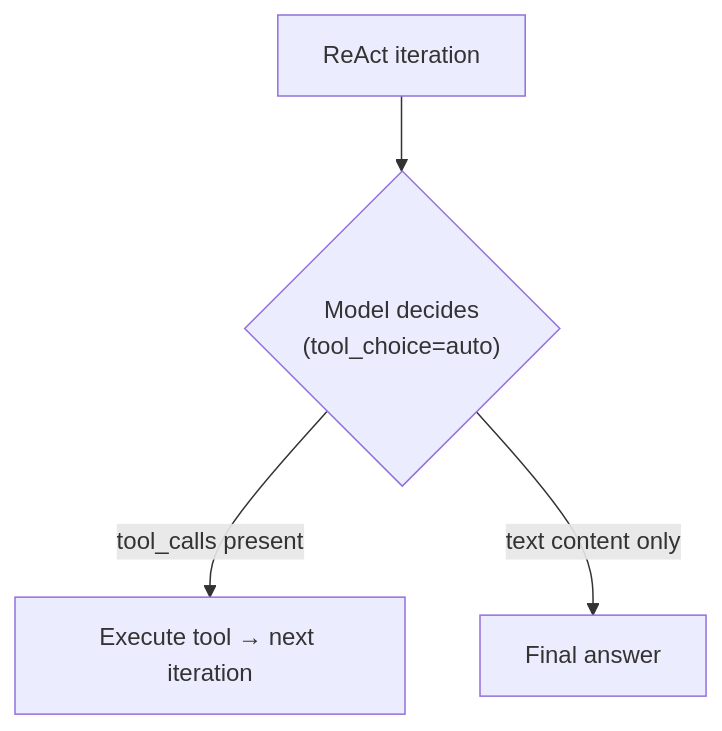
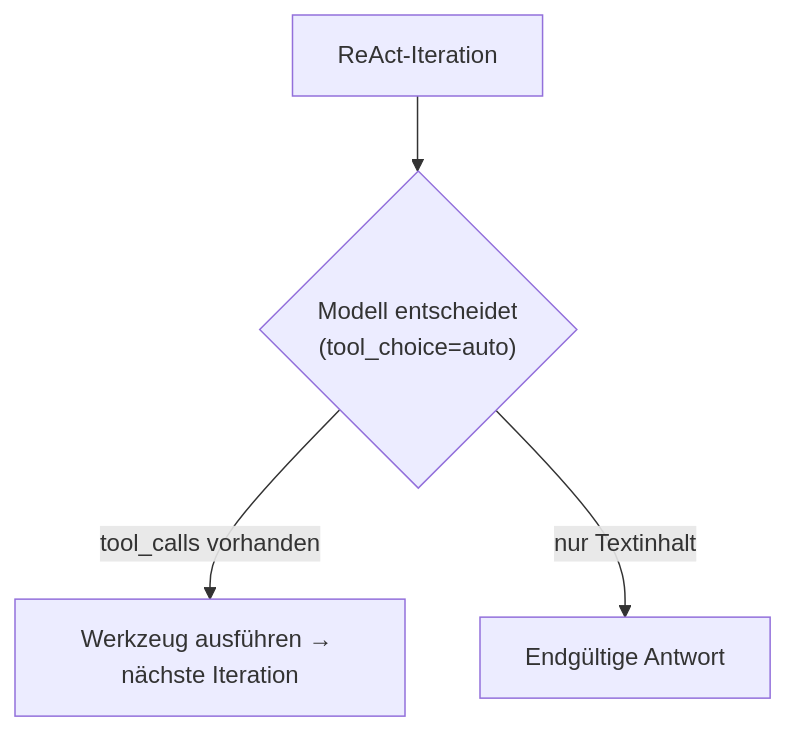
One commit to lucky20160622/fim-one changed the first of 3 diagrams in docs/de/architecture/llm-provider-guide.mdx. Above: the diagram before and after it, drawn with Mermaid. The commit also changed other lines of this file and 141 other files, not shown here.

````diff
--- a/docs/de/architecture/llm-provider-guide.mdx
+++ b/docs/de/architecture/llm-provider-guide.mdx
@@ -47,6 +55,6 @@
 ```mermaid
 flowchart TD
-    A["ReAct iteration"] --> B{"Model decides<br/>(tool_choice=auto)"}
-    B -->|"tool_calls present"| C["Execute tool → next iteration"]
-    B -->|"text content only"| D["Final answer"]
+    A["ReAct-Iteration"] --> B{"Modell entscheidet<br/>(tool_choice=auto)"}
+    B -->|"tool_calls vorhanden"| C["Werkzeug ausführen → nächste Iteration"]
+    B -->|"nur Textinhalt"| D["Endgültige Antwort"]
 ```
````
